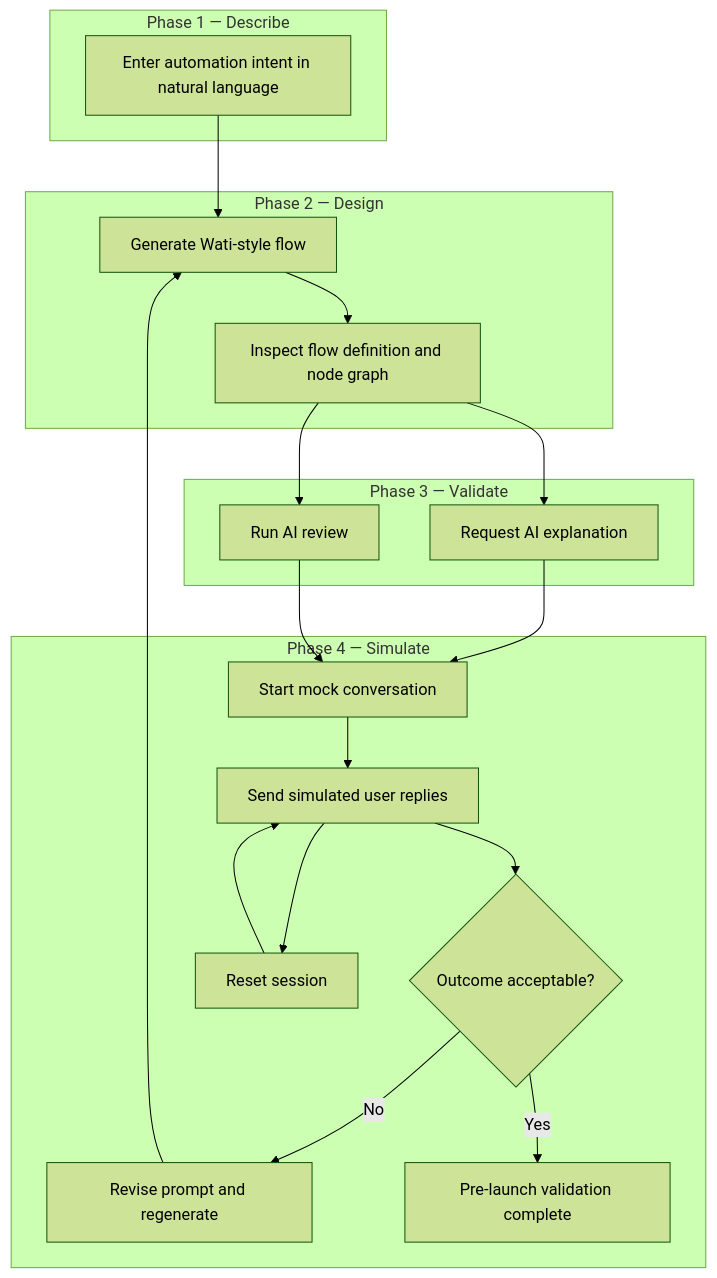
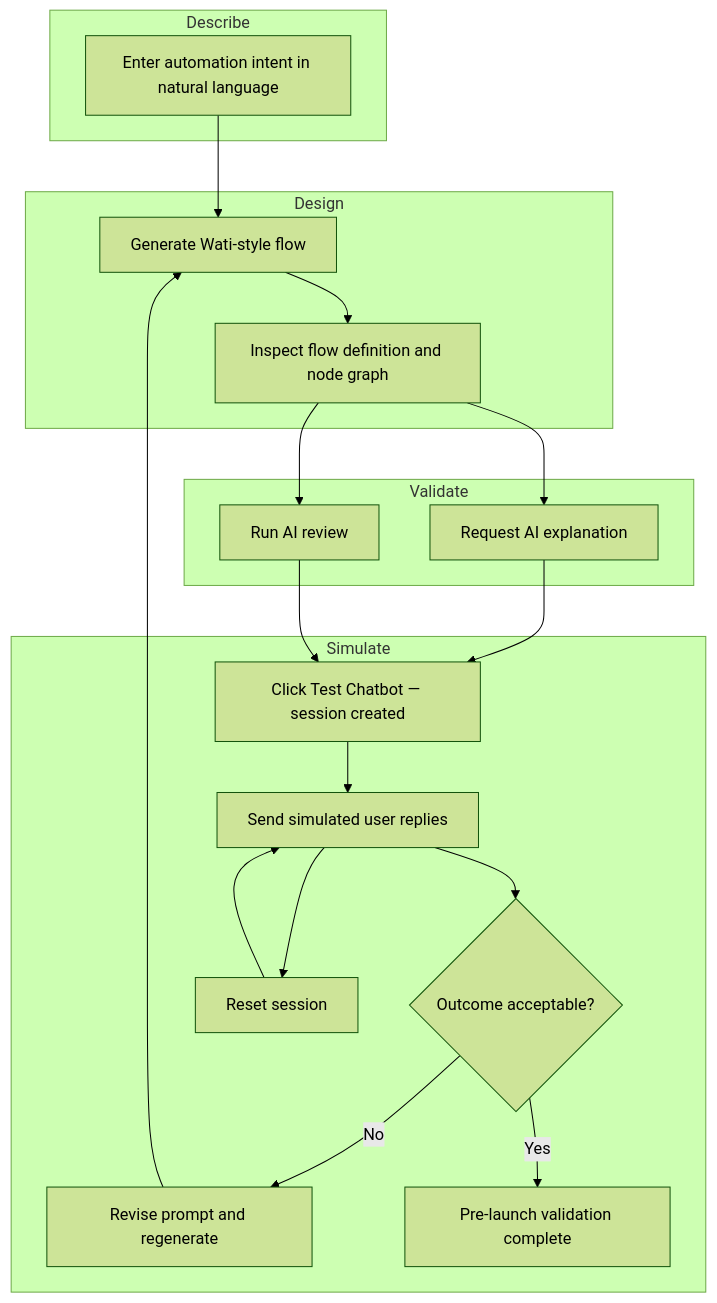
One commit to mikeyangyun/Wati-Automation-Copilot changed the second of 4 diagrams in PRODUCT.md. Above: the diagram before and after it, drawn with Mermaid (forest theme). The commit also changed other lines of this file and 6 other files, not shown here.

````diff
--- a/PRODUCT.md
+++ b/PRODUCT.md
@@ -97,35 +97,35 @@
 ```mermaid
 flowchart TD
-    subgraph Phase1["Phase 1 — Describe"]
+    subgraph Stage1["Describe"]
         A[Enter automation intent in natural language]
     end
 
-    subgraph Phase2["Phase 2 — Design"]
+    subgraph Stage2["Design"]
         B[Generate Wati-style flow]
         C[Inspect flow definition and node graph]
     end
 
-    subgraph Phase3["Phase 3 — Validate"]
+    subgraph Stage3["Validate"]
         D[Request AI explanation]
         E[Run AI review]
     end
 
-    subgraph Phase4["Phase 4 — Simulate"]
-        F[Start mock conversation]
+    subgraph Stage4["Simulate"]
+        F[Click Test Chatbot — session created]
         G[Send simulated user replies]
         H{Outcome acceptable?}
         I[Revise prompt and regenerate]
         J[Pre-launch validation complete]
         K[Reset session]
     end
 
     A --> B --> C
     C --> D
     C --> E
     D --> F
     E --> F
     F --> G --> H
     H -->|No| I --> B
     H -->|Yes| J
     G --> K --> G
 ```
````
